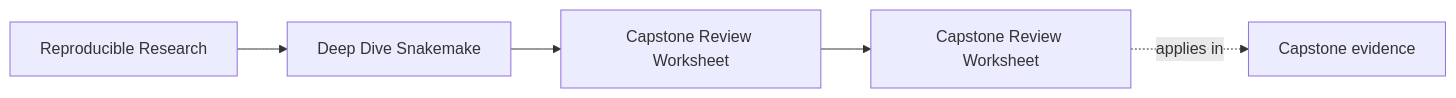
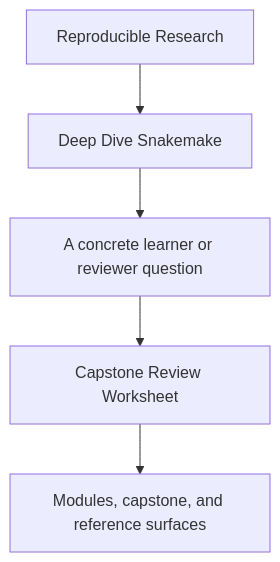
Before and after one commit to bijux/bijux-masterclass: the first of 2 diagrams in programs/reproducible-research/deep-dive-snakemake/course-book/guides/capstone-review-worksheet.md, drawn with Mermaid. The commit also changed other lines of this file and 29 other files, not shown here.

Commit message:
docs(deep-dive-snakemake): sharpen guide and reference diagrams

````diff
--- a/programs/reproducible-research/deep-dive-snakemake/course-book/guides/capstone-review-worksheet.md
+++ b/programs/reproducible-research/deep-dive-snakemake/course-book/guides/capstone-review-worksheet.md
@@ -9,11 +9,7 @@
 ```mermaid
-graph LR
-  family["Reproducible Research"]
-  program["Deep Dive Snakemake"]
-  section["Capstone Review Worksheet"]
-  page["Capstone Review Worksheet"]
-  capstone["Capstone evidence"]
-
-  family --> program --> section --> page
-  page -.applies in.-> capstone
+flowchart TD
+  family["Reproducible Research"] --> program["Deep Dive Snakemake"]
+  program --> pressure["A concrete learner or reviewer question"]
+  pressure --> guide["Capstone Review Worksheet"]
+  guide --> next["Modules, capstone, and reference surfaces"]
 ```
````
